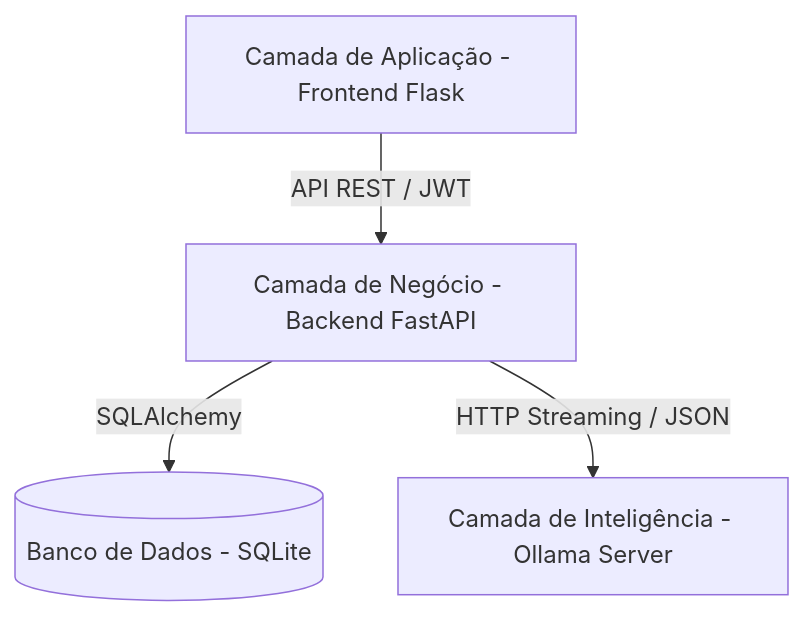
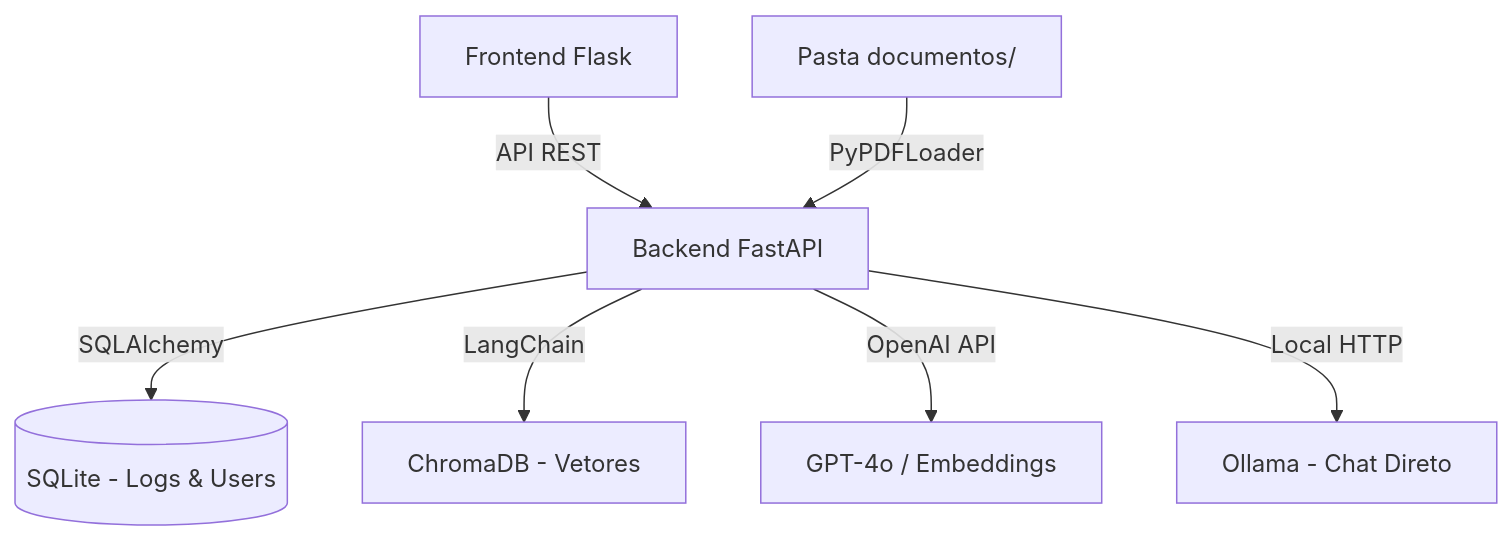
One commit to armandossrecife/myapi2ai changed the diagram in projeto.md. Above: the diagram before and after it, drawn with Mermaid. The commit also changed other lines of this file and 13 other files, not shown here.

````diff
--- a/projeto.md
+++ b/projeto.md
@@ -32,6 +23,9 @@
 ```mermaid
 graph TD
-    A[Camada de Aplicação - Frontend Flask] -->|API REST / JWT| B[Camada de Negócio - Backend FastAPI]
-    B -->|SQLAlchemy| C[(Banco de Dados - SQLite)]
-    B -->|HTTP Streaming / JSON| D[Camada de Inteligência - Ollama Server]
+    A[Frontend Flask] -->|API REST| B[Backend FastAPI]
+    B -->|SQLAlchemy| C[(SQLite - Logs & Users)]
+    B -->|LangChain| D[ChromaDB - Vetores]
+    B -->|OpenAI API| E[GPT-4o / Embeddings]
+    B -->|Local HTTP| F[Ollama - Chat Direto]
+    G[Pasta documentos/] -->|PyPDFLoader| B
 ```
````
